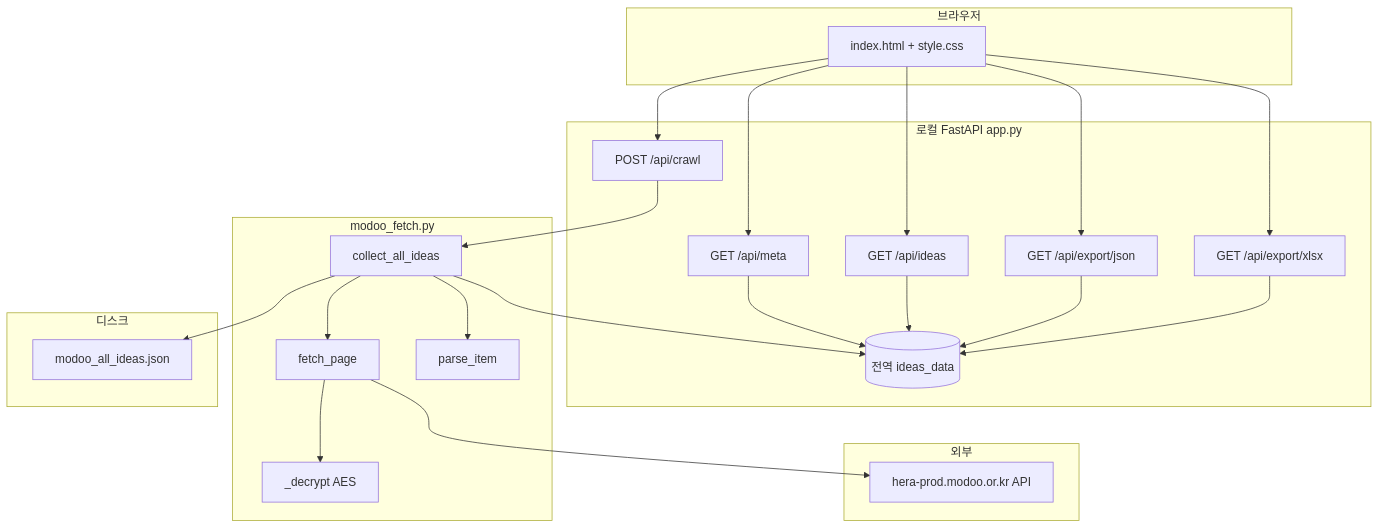
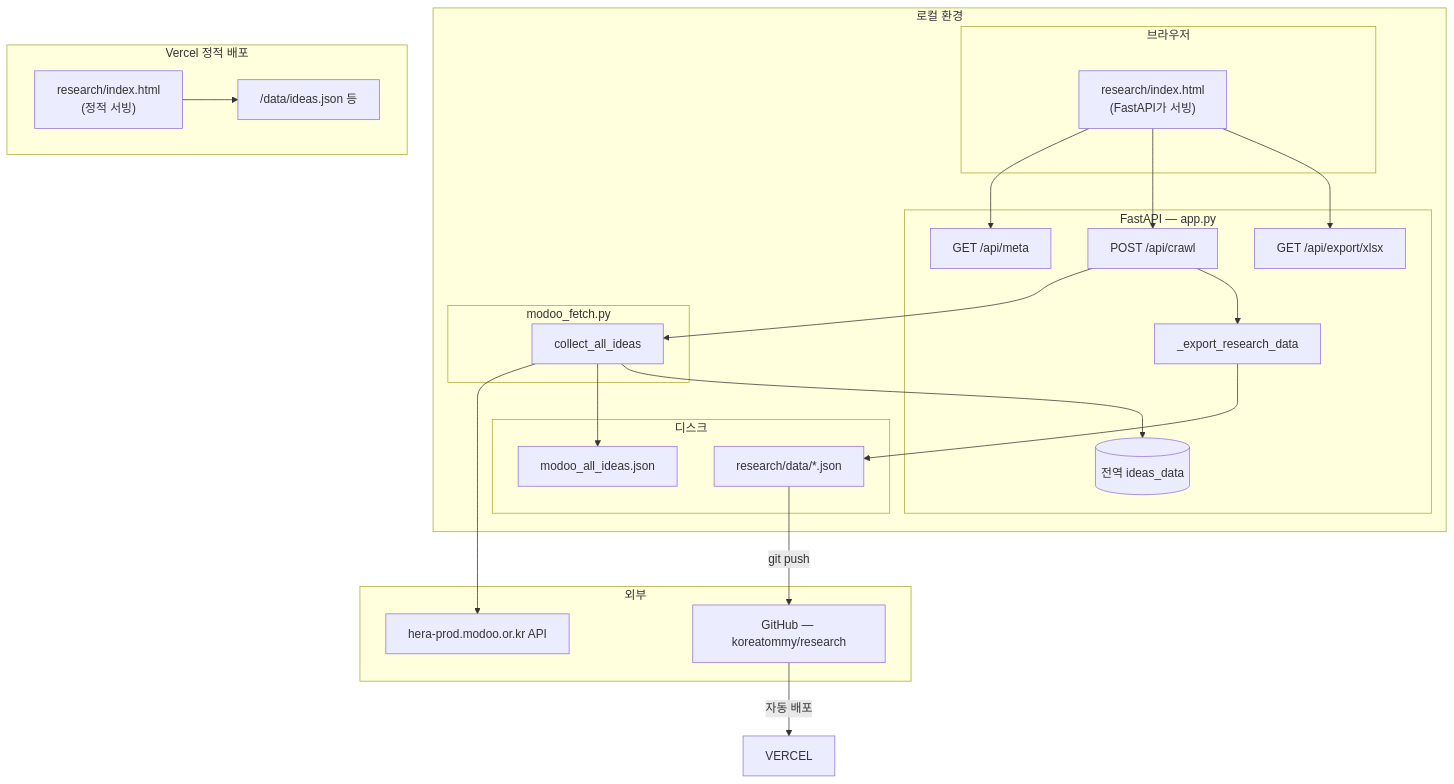
Before and after one commit to koreatommy/research: the first of 4 diagrams in guide.md, drawn with Mermaid. The commit also changed other lines of this file and 6 other files, not shown here.

````diff
--- a/guide.md
+++ b/guide.md
@@ -47,49 +77,50 @@
 ```mermaid
 flowchart TB
-  subgraph browser [브라우저]
-    UI[index.html + style.css]
+  subgraph local [로컬 환경]
+    subgraph browser [브라우저]
+      UI["research/index.html\n(FastAPI가 서빙)"]
+    end
+
+    subgraph server [FastAPI — app.py]
+      API_META["GET /api/meta"]
+      API_CRAWL["POST /api/crawl"]
+      API_XLSX["GET /api/export/xlsx"]
+      MEM[(전역 ideas_data)]
+      EXPORT[_export_research_data]
+    end
+
+    subgraph module [modoo_fetch.py]
+      COLLECT[collect_all_ideas]
+    end
+
+    subgraph disk [디스크]
+      RAW["modoo_all_ideas.json"]
+      RDATA["research/data/*.json"]
+    end
   end
 
-  subgraph server [로컬 FastAPI app.py]
-    API_META["GET /api/meta"]
-    API_IDEAS["GET /api/ideas"]
-    API_CRAWL["POST /api/crawl"]
-    API_JSON["GET /api/export/json"]
-    API_XLSX["GET /api/export/xlsx"]
-    MEM[(전역 ideas_data)]
-  end
-
-  subgraph module [modoo_fetch.py]
-    FETCH[fetch_page]
-    DECRYPT[_decrypt AES]
-    PARSE[parse_item]
-    COLLECT[collect_all_ideas]
+  subgraph vercel [Vercel 정적 배포]
+    STATIC["research/index.html\n(정적 서빙)"]
+    SDATA["/data/ideas.json 등"]
   end
 
   subgraph external [외부]
     MODOO_API["hera-prod.modoo.or.kr API"]
-  end
-
-  subgraph disk [디스크]
-    JSON_FILE["modoo_all_ideas.json"]
+    GITHUB["GitHub — koreatommy/research"]
   end
 
   UI --> API_META
-  UI --> API_IDEAS
   UI --> API_CRAWL
-  UI --> API_JSON
   UI --> API_XLSX
 
-  API_META --> MEM
-  API_IDEAS --> MEM
-  API_JSON --> MEM
-  API_XLSX --> MEM
+  API_CRAWL --> COLLECT
+  COLLECT --> MODOO_API
+  COLLECT --> RAW
+  COLLECT --> MEM
+  API_CRAWL --> EXPORT
+  EXPORT --> RDATA
 
-  API_CRAWL --> COLLECT
-  COLLECT --> FETCH
-  FETCH --> MODOO_API
-  FETCH --> DECRYPT
-  COLLECT --> PARSE
-  COLLECT --> JSON_FILE
-  COLLECT --> MEM
+  RDATA -->|git push| GITHUB
+  GITHUB -->|자동 배포| VERCEL
+  STATIC --> SDATA
 ```
````
